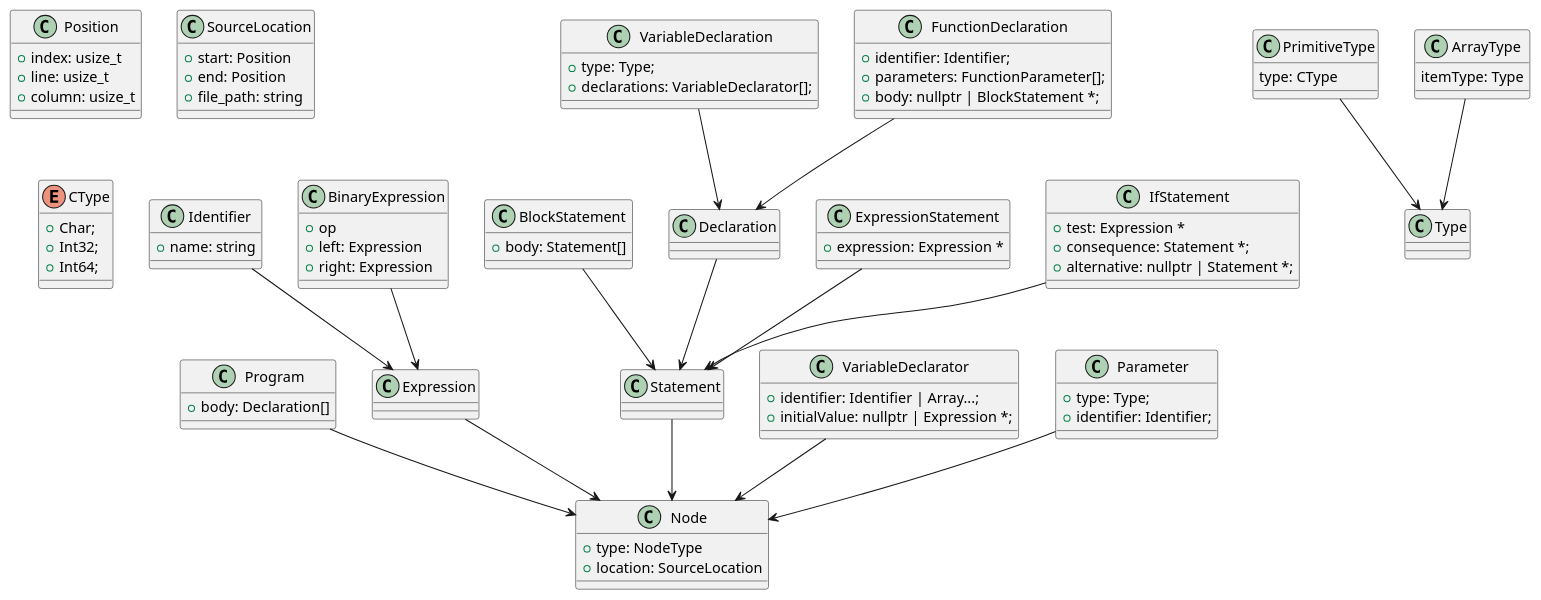
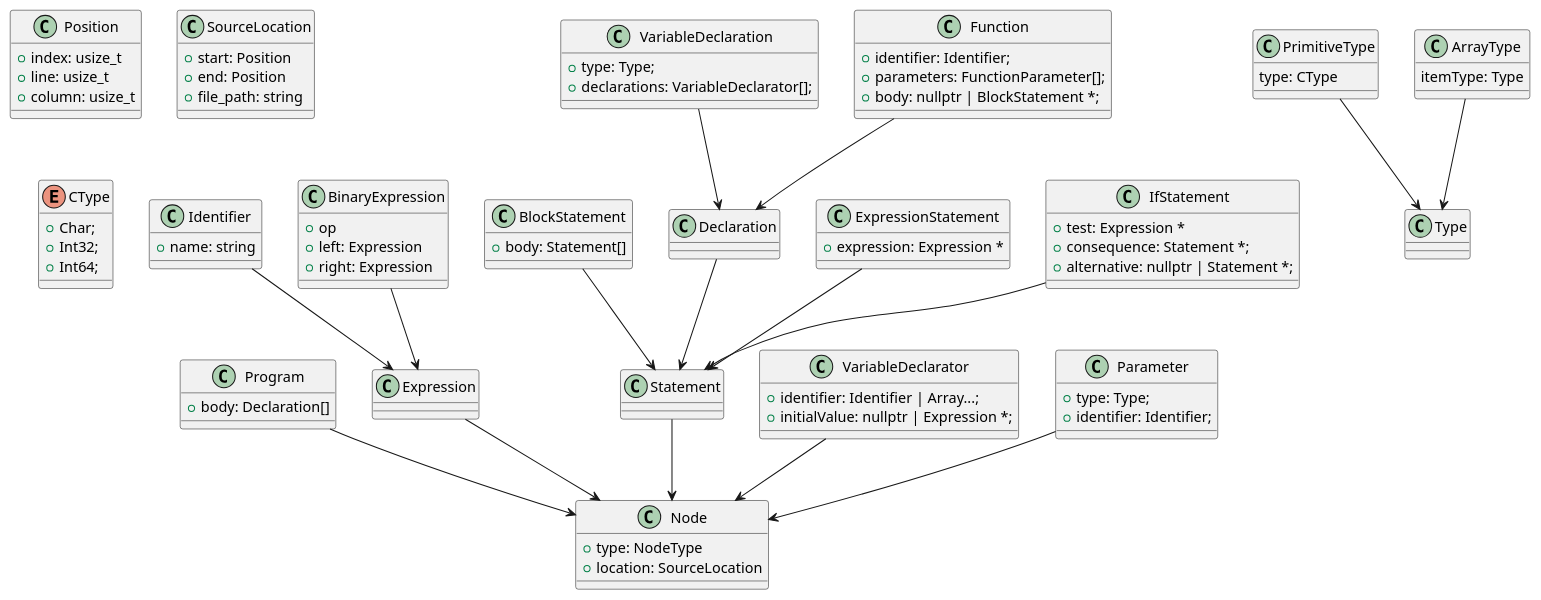
The diagram in doc/ast.puml (Lyrositor/o10-comp), drawn with PlantUML before and after one commit. The commit also changed 21 other files, not shown here.

```diff
--- a/doc/ast.puml
+++ b/doc/ast.puml
@@ -1,117 +1,117 @@
 @startuml
 
 class Position {
   +index: usize_t
   +line: usize_t
   +column: usize_t
 }
 
 class SourceLocation {
   +start: Position
   +end: Position
   +file_path: string
 }
 
 class Node {
   +type: NodeType
   +location: SourceLocation
 }
 
 class Program {
   +body: Declaration[]
 }
 
 class Expression {
 
 }
 
 class Statement {
 
 }
 
 class BlockStatement {
   +body: Statement[]
 }
 
 class Declaration {
 
 }
 
 enum CType {
   +Char;
   +Int32;
   +Int64;
 }
 
 class Type {
 
 }
 
 class PrimitiveType {
   type: CType
 }
 
 class ArrayType {
   itemType: Type
 }
 
 PrimitiveType --> Type
 ArrayType --> Type
 
 class VariableDeclaration {
   +type: Type;
   +declarations: VariableDeclarator[];
 }
 
 class VariableDeclarator {
   +identifier: Identifier | Array...;
   +initialValue: nullptr | Expression *;
 }
 
-class FunctionDeclaration {
+class Function {
   +identifier: Identifier;
   +parameters: FunctionParameter[];
   +body: nullptr | BlockStatement *;
 }
 
 class Parameter {
   +type: Type;
   +identifier: Identifier;
 }
 
 class ExpressionStatement {
   +expression: Expression *
 }
 
 
 class IfStatement {
   +test: Expression *
   +consequence: Statement *;
   +alternative: nullptr | Statement *;
 }
 
 class Identifier {
   +name: string
 }
 
 class BinaryExpression {
   +op
   +left: Expression
   +right: Expression
 }
 
 Program --> Node
 Expression --> Node
 Declaration --> Statement
 VariableDeclaration --> Declaration
-FunctionDeclaration --> Declaration
+Function --> Declaration
 VariableDeclarator --> Node
 Statement --> Node
 BlockStatement --> Statement
 ExpressionStatement --> Statement
 IfStatement --> Statement
 Identifier --> Expression
 Parameter --> Node
 BinaryExpression --> Expression
 
 @enduml
```
